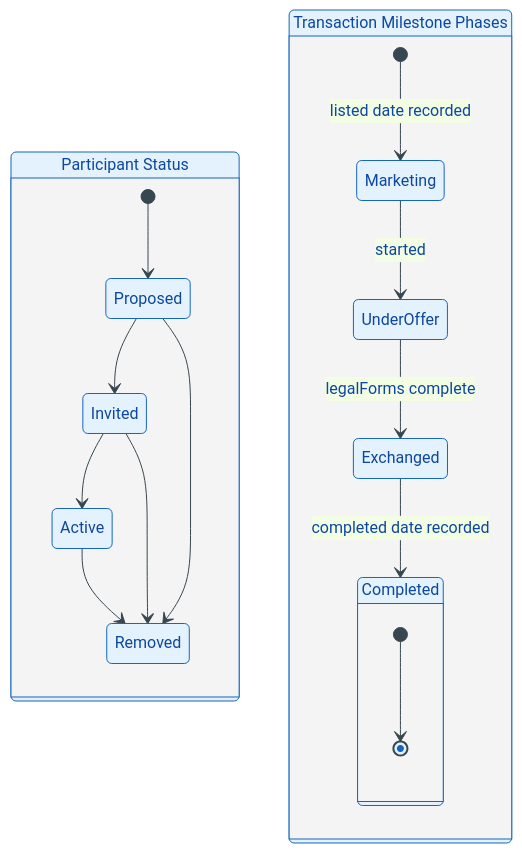
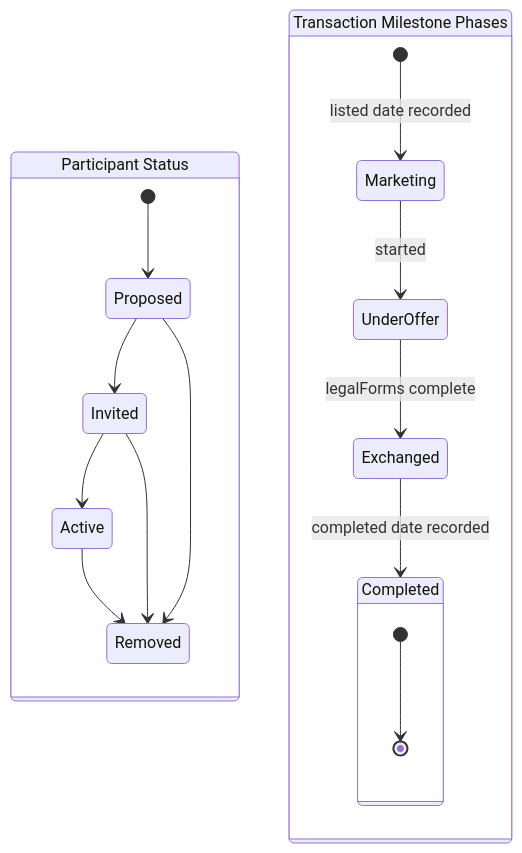
Before and after one commit to sparkling/opda: the first of 4 diagrams in docs/ontology/odr/ODR-0007-transactions-and-lifecycle.md, drawn with Mermaid. The commit also changed other lines of this file and 25 other files, not shown here.

````diff
--- a/docs/ontology/odr/ODR-0007-transactions-and-lifecycle.md
+++ b/docs/ontology/odr/ODR-0007-transactions-and-lifecycle.md
@@ -64,28 +64,27 @@
 ```mermaid
-%%{init:{"theme":"base","themeVariables":{"primaryColor":"#E3F2FD","primaryTextColor":"#0D47A1","primaryBorderColor":"#1565C0","lineColor":"#37474F"}}}%%
 stateDiagram-v2
     accTitle: Transaction lifecycle phases
     accDescr: Participant-status state machine and transaction milestone phase progression from marketing through to completed.
 
     state "Participant Status" as PS {
         [*] --> Proposed
         Proposed --> Invited
         Invited --> Active
         Active --> Removed
         Proposed --> Removed
         Invited --> Removed
     }
 
     state "Transaction Milestone Phases" as TM {
         [*] --> Marketing : listed date recorded
         Marketing --> UnderOffer : started
         UnderOffer --> Exchanged : legalForms complete
         Exchanged --> Completed : completed date recorded
     }
 
     state "UnderOffer" as UnderOffer
     state "Exchanged" as Exchanged
     state "Completed" as Completed {
         [*] --> [*]
     }
 ```
````
